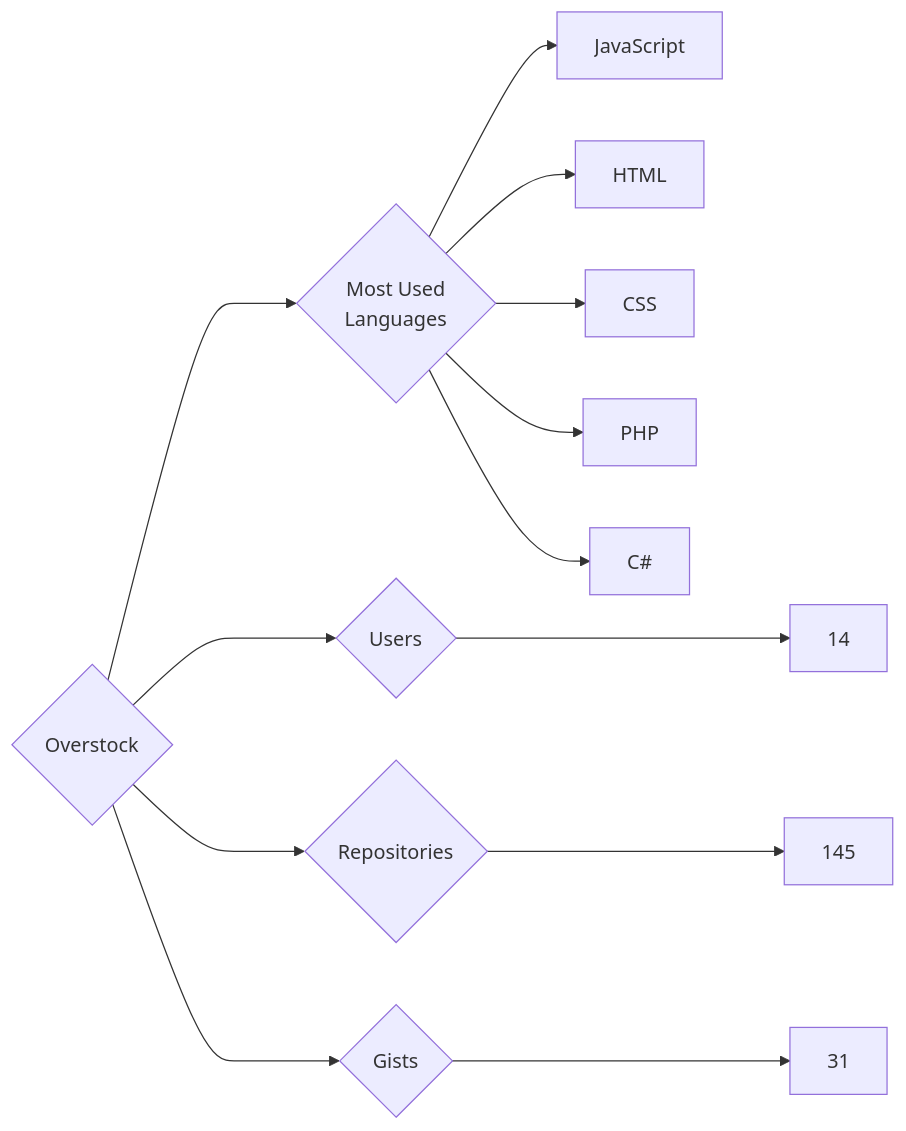
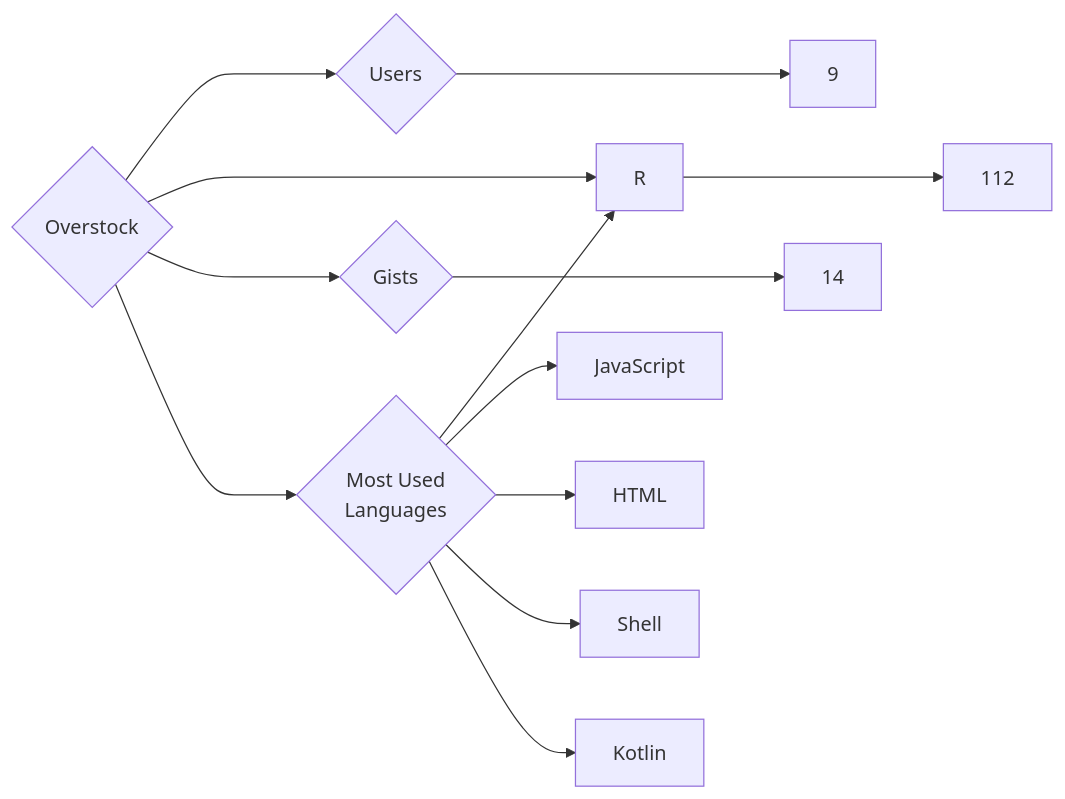
Before and after one commit to trickest/insiders: the diagram in targets/Overstock/README.md, drawn with Mermaid. The commit also changed 912 other files, not shown here.

````diff
--- a/targets/Overstock/README.md
+++ b/targets/Overstock/README.md
@@ -3,13 +3,13 @@
 ```mermaid
 graph LR
 COMPANY_NAME{Overstock}
-COMPANY_NAME ---> U{Users} ---> UN[14]
-COMPANY_NAME ---> R{Repositories} ---> RN[145]
-COMPANY_NAME ---> G{Gists} ---> GN[31]
+COMPANY_NAME ---> U{Users} ---> UN[9]
+COMPANY_NAME ---> R{Repositories} ---> RN[112]
+COMPANY_NAME ---> G{Gists} ---> GN[14]
 COMPANY_NAME ---> ML{Most Used<br>Languages}
+ML --> R[R]
 ML --> JavaScript[JavaScript]
 ML --> HTML[HTML]
-ML --> CSS[CSS]
-ML --> PHP[PHP]
-ML --> C#[C#]
+ML --> Shell[Shell]
+ML --> Kotlin[Kotlin]
 ```
````
